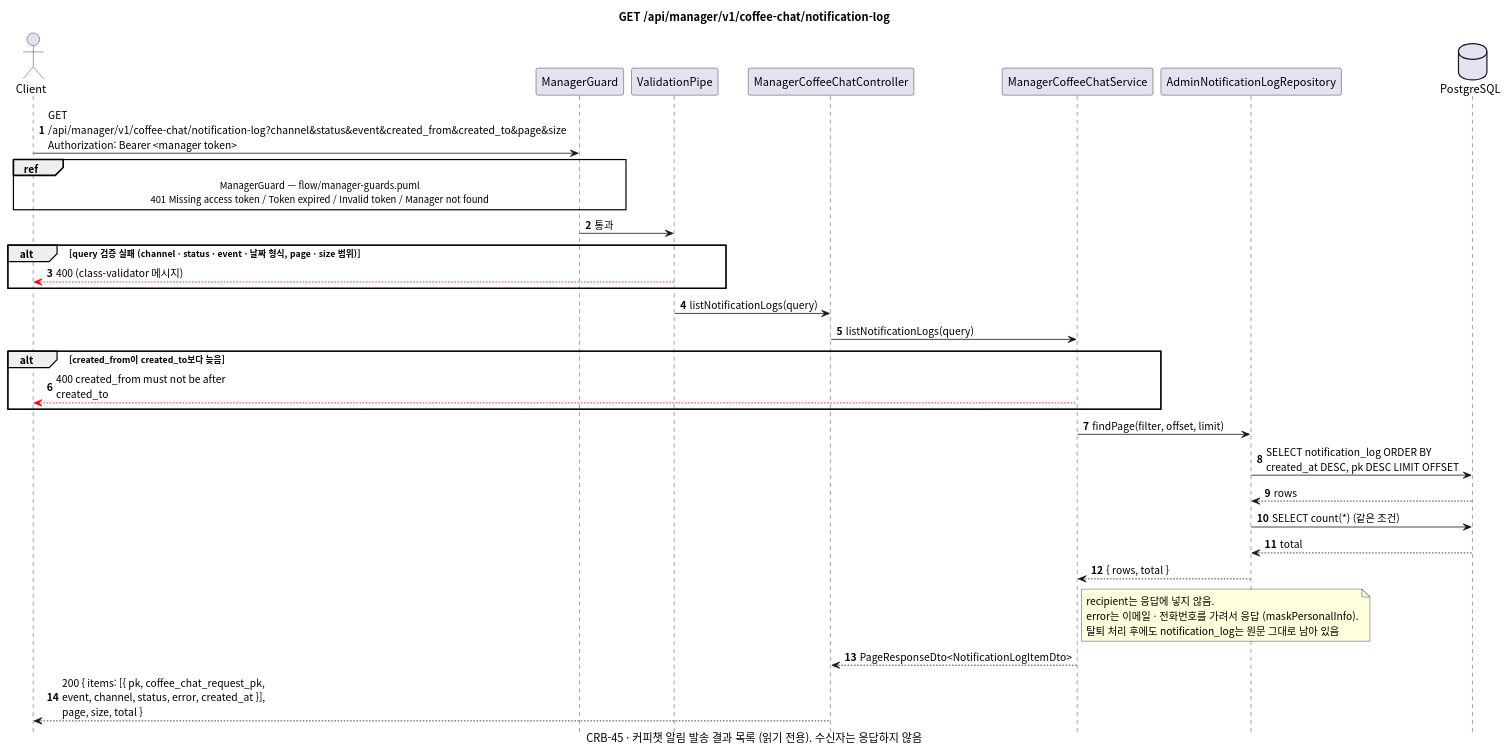
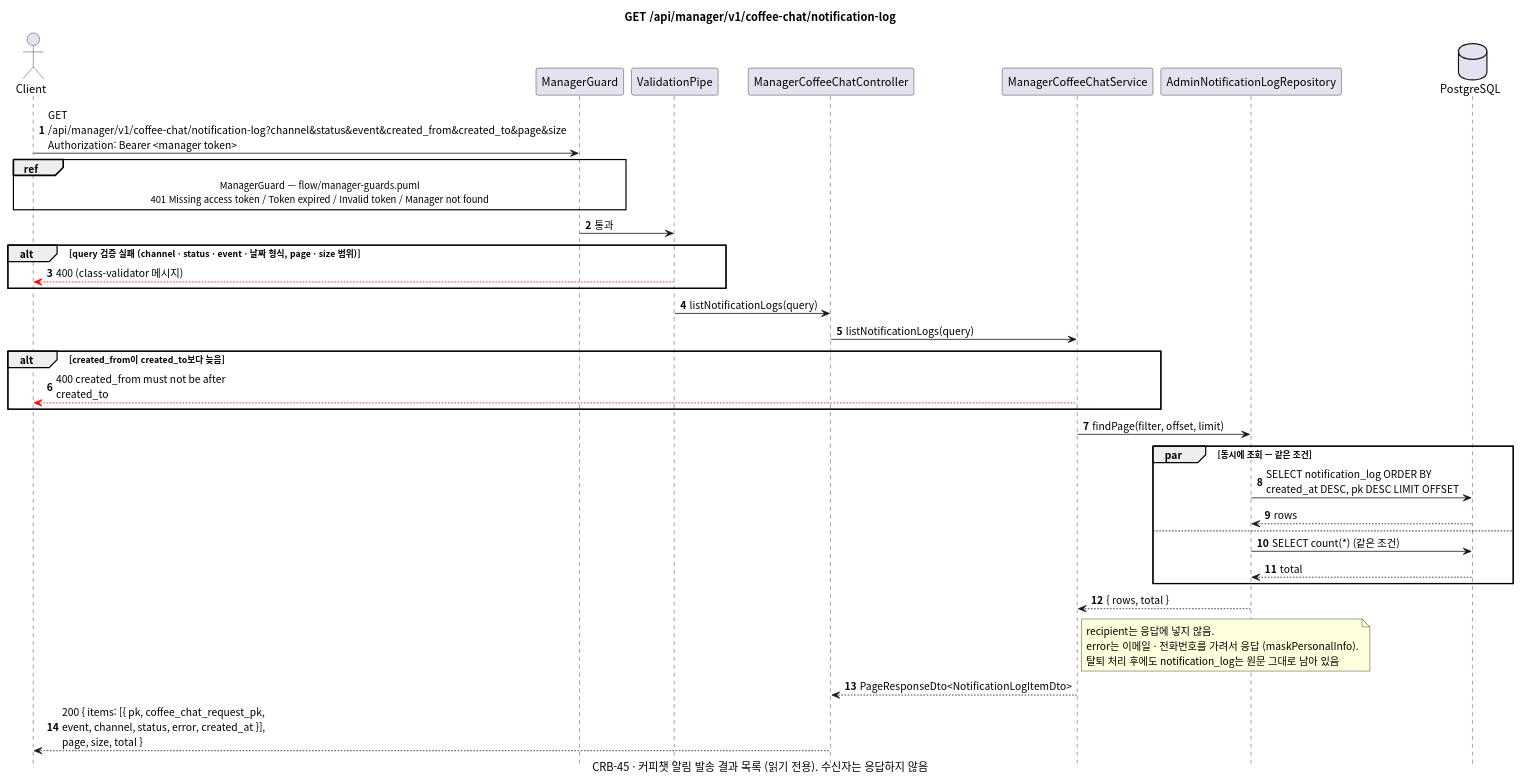
Before and after one commit to gsainfoteam/cheers-be: the diagram in docs/sequence/manager/get-coffee-chat-notification-log.puml, drawn with PlantUML. The commit also changed 28 other files, not shown here.

Commit message:
- docs: align sequence diagrams with code (CRB-63)

```diff
--- a/docs/sequence/manager/get-coffee-chat-notification-log.puml
+++ b/docs/sequence/manager/get-coffee-chat-notification-log.puml
@@ -1,47 +1,50 @@
 @startuml get-manager-coffee-chat-notification-log
 skinparam defaultFontName "Apple SD Gothic Neo", "Noto Sans CJK KR", sans-serif
 skinparam responseMessageBelowArrow true
 skinparam sequenceMessageAlign left
 skinparam maxMessageSize 260
 skinparam BoxPadding 8
 skinparam shadowing false
 autonumber
 hide footbox
 
 title GET /api/manager/v1/coffee-chat/notification-log
 caption CRB-45 · 커피챗 알림 발송 결과 목록 (읽기 전용). 수신자는 응답하지 않음
 
 actor Client
 participant "ManagerGuard" as Guard
 participant "ValidationPipe" as Pipe
 participant "ManagerCoffeeChatController" as Controller
 participant "ManagerCoffeeChatService" as Service
 participant "AdminNotificationLogRepository" as LogRepository
 database PostgreSQL
 
 Client -> Guard: GET /api/manager/v1/coffee-chat/notification-log?channel&status&event&created_from&created_to&page&size\nAuthorization: Bearer <manager token>
 ref over Client, Guard: ManagerGuard — flow/manager-guards.puml\n401 Missing access token / Token expired / Invalid token / Manager not found
 Guard -> Pipe: 통과
 alt query 검증 실패 (channel · status · event · 날짜 형식, page · size 범위)
   Pipe -[#red]-> Client: 400 (class-validator 메시지)
 end
 Pipe -> Controller: listNotificationLogs(query)
 Controller -> Service: listNotificationLogs(query)
 alt created_from이 created_to보다 늦음
   Service -[#red]-> Client: 400 created_from must not be after created_to
 end
 Service -> LogRepository: findPage(filter, offset, limit)
-LogRepository -> PostgreSQL: SELECT notification_log ORDER BY created_at DESC, pk DESC LIMIT OFFSET
-PostgreSQL --> LogRepository: rows
-LogRepository -> PostgreSQL: SELECT count(*) (같은 조건)
-PostgreSQL --> LogRepository: total
+par 동시에 조회 — 같은 조건
+  LogRepository -> PostgreSQL: SELECT notification_log ORDER BY created_at DESC, pk DESC LIMIT OFFSET
+  PostgreSQL --> LogRepository: rows
+else
+  LogRepository -> PostgreSQL: SELECT count(*) (같은 조건)
+  PostgreSQL --> LogRepository: total
+end
 LogRepository --> Service: { rows, total }
 note right of Service
   recipient는 응답에 넣지 않음.
   error는 이메일 · 전화번호를 가려서 응답 (maskPersonalInfo).
   탈퇴 처리 후에도 notification_log는 원문 그대로 남아 있음
 end note
 Service --> Controller: PageResponseDto<NotificationLogItemDto>
 Controller --> Client: 200 { items: [{ pk, coffee_chat_request_pk, event, channel, status, error, created_at }], page, size, total }
 
 @enduml
```
